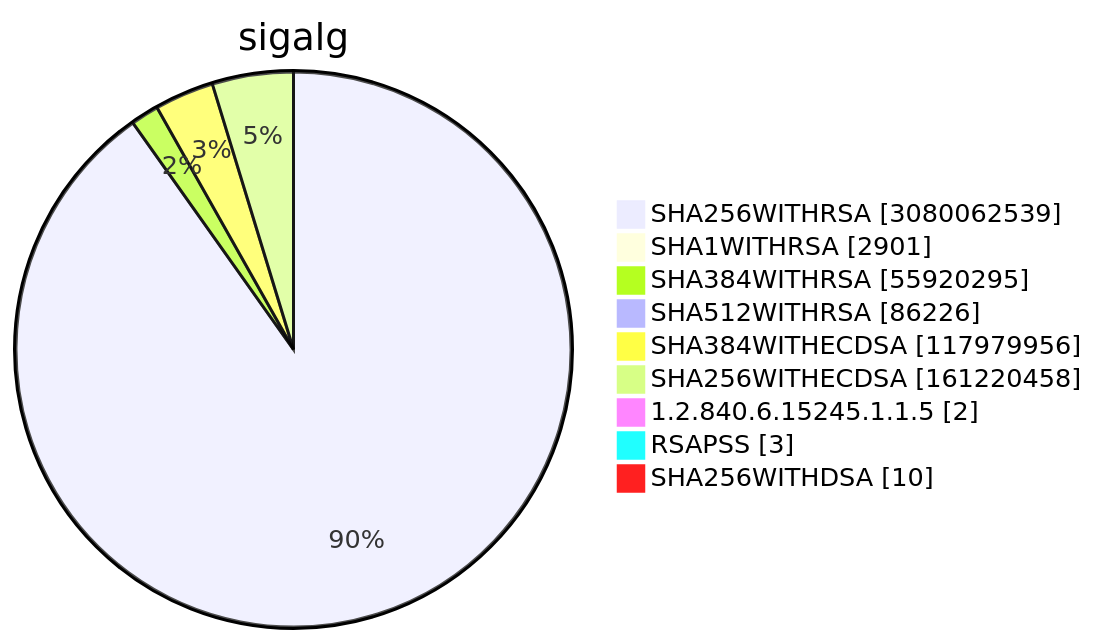
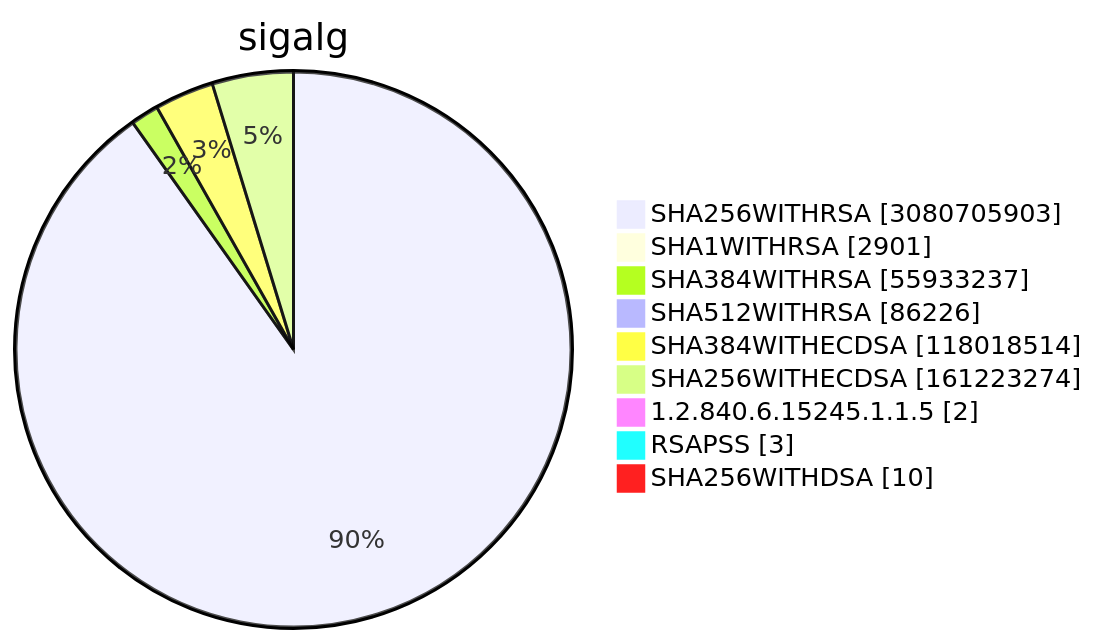
Before and after one commit to christiankrug/ctmonitor_visualization: diagram 15 of 15 in TOTAL/README.md, drawn with Mermaid. The commit also changed other lines of this file, not shown here.

````diff
--- a/TOTAL/README.md
+++ b/TOTAL/README.md
@@ -6209,13 +6209,13 @@
 ```mermaid
 pie showData
 title sigalg
-"SHA256WITHRSA" :3080062539
+"SHA256WITHRSA" :3080705903
 "SHA1WITHRSA" :2901
-"SHA384WITHRSA" :55920295
+"SHA384WITHRSA" :55933237
 "SHA512WITHRSA" :86226
-"SHA384WITHECDSA" :117979956
-"SHA256WITHECDSA" :161220458
+"SHA384WITHECDSA" :118018514
+"SHA256WITHECDSA" :161223274
 "1.2.840.6.15245.1.1.5" :2
 "RSAPSS" :3
 "SHA256WITHDSA" :10
 ```
````
